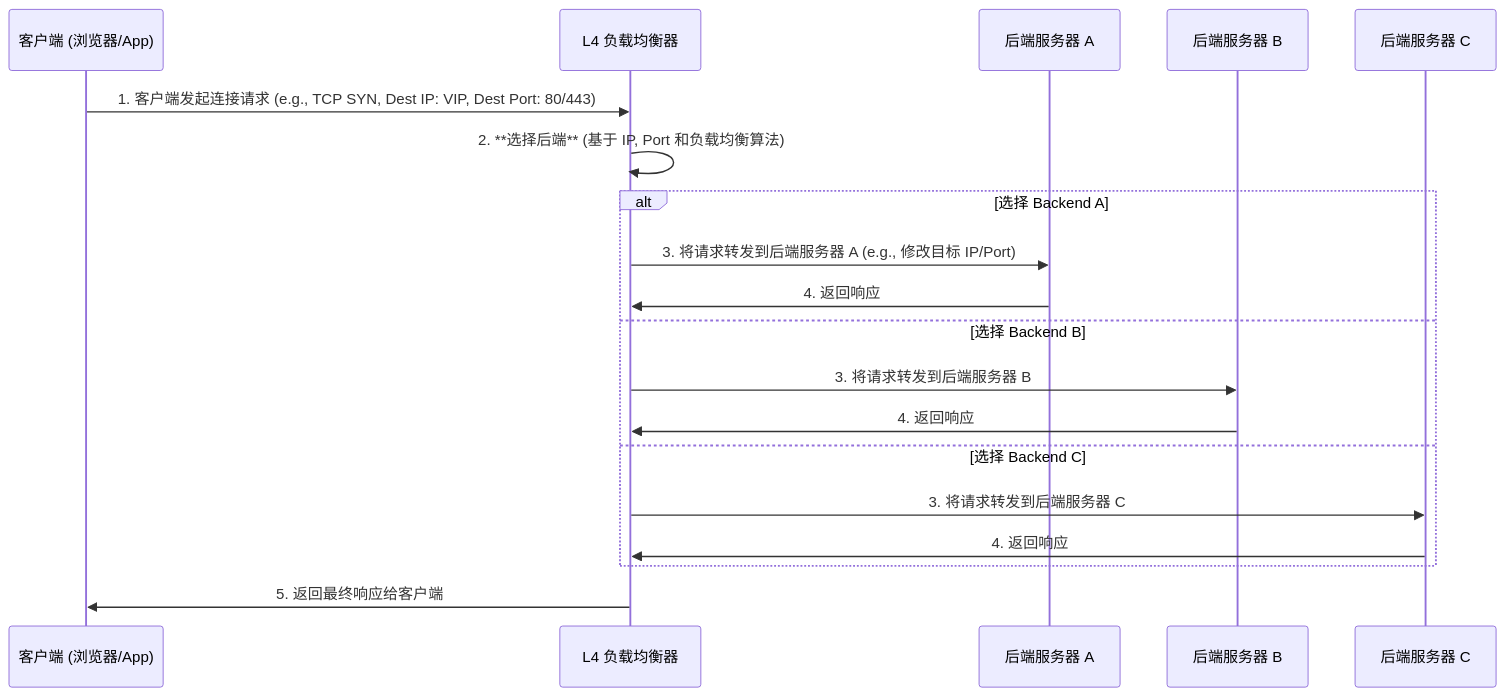
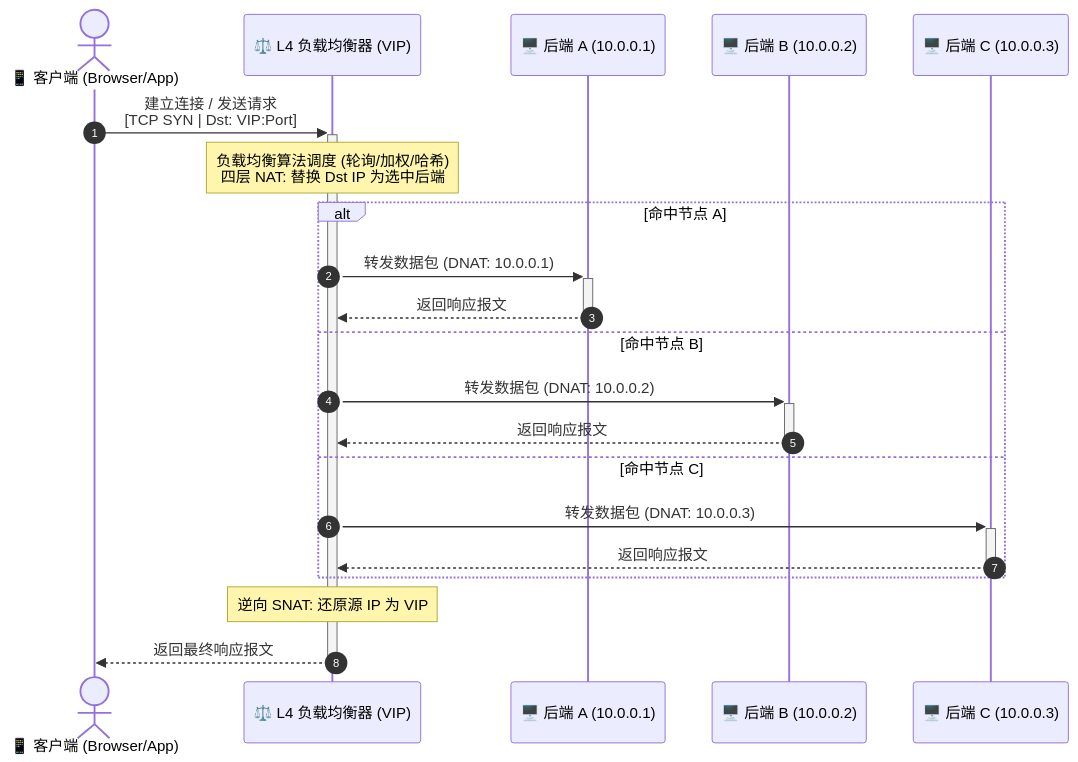
Before and after one commit to teatang/t-blog: the diagram in source/_posts/2025/2025-12-13_L4 负载均衡详解 (Layer 4 Load Balancing Explained).md, drawn with Mermaid. The commit also changed 7 other files, not shown here.

```diff
--- a/source/_posts/2025/2025-12-13_L4 负载均衡详解 (Layer 4 Load Balancing Explained).md
+++ b/source/_posts/2025/2025-12-13_L4 负载均衡详解 (Layer 4 Load Balancing Explained).md
@@ -36,22 +36,27 @@
 {% mermaid %}
 sequenceDiagram
-    participant Client as 客户端 (浏览器/App)
-    participant L4LB as L4 负载均衡器
-    participant BackendA as 后端服务器 A
-    participant BackendB as 后端服务器 B
-    participant BackendC as 后端服务器 C
+    autonumber
+    actor Client as 📱 客户端 (Browser/App)
+    participant L4LB as ⚖️ L4 负载均衡器 (VIP)
+    participant BackendA as 🖥️ 后端 A (10.0.0.1)
+    participant BackendB as 🖥️ 后端 B (10.0.0.2)
+    participant BackendC as 🖥️ 后端 C (10.0.0.3)
 
-    Client->>L4LB: 1. 客户端发起连接请求 (e.g., TCP SYN, Dest IP: VIP, Dest Port: 80/443)
-    L4LB->>L4LB: 2. **选择后端** (基于 IP, Port 和负载均衡算法)
-    alt 选择 Backend A
-        L4LB->>BackendA: 3. 将请求转发到后端服务器 A (e.g., 修改目标 IP/Port)
-        BackendA->>L4LB: 4. 返回响应
-    else 选择 Backend B
-        L4LB->>BackendB: 3. 将请求转发到后端服务器 B
-        BackendB->>L4LB: 4. 返回响应
-    else 选择 Backend C
-        L4LB->>BackendC: 3. 将请求转发到后端服务器 C
-        BackendC->>L4LB: 4. 返回响应
+    Client->>+L4LB: 建立连接 / 发送请求<br/>[TCP SYN | Dst: VIP:Port]
+    
+    Note over L4LB: 负载均衡算法调度 (轮询/加权/哈希)<br/>四层 NAT: 替换 Dst IP 为选中后端
+
+    alt 命中节点 A
+        L4LB->>+BackendA: 转发数据包 (DNAT: 10.0.0.1)
+        BackendA-->>-L4LB: 返回响应报文
+    else 命中节点 B
+        L4LB->>+BackendB: 转发数据包 (DNAT: 10.0.0.2)
+        BackendB-->>-L4LB: 返回响应报文
+    else 命中节点 C
+        L4LB->>+BackendC: 转发数据包 (DNAT: 10.0.0.3)
+        BackendC-->>-L4LB: 返回响应报文
     end
-    L4LB->>Client: 5. 返回最终响应给客户端
+
+    Note over L4LB: 逆向 SNAT: 还原源 IP 为 VIP
+    L4LB-->>-Client: 返回最终响应报文
 {% endmermaid %}
```
